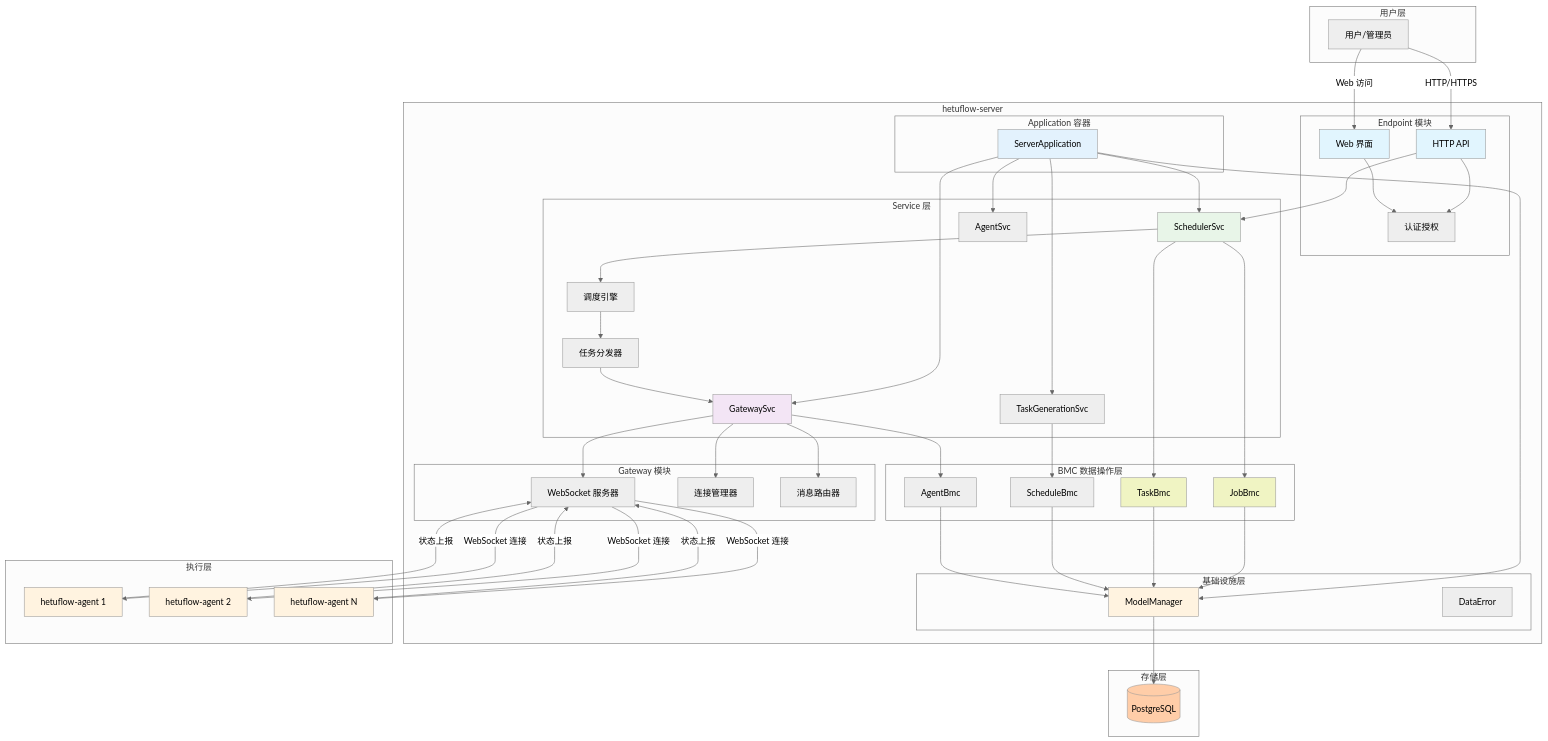
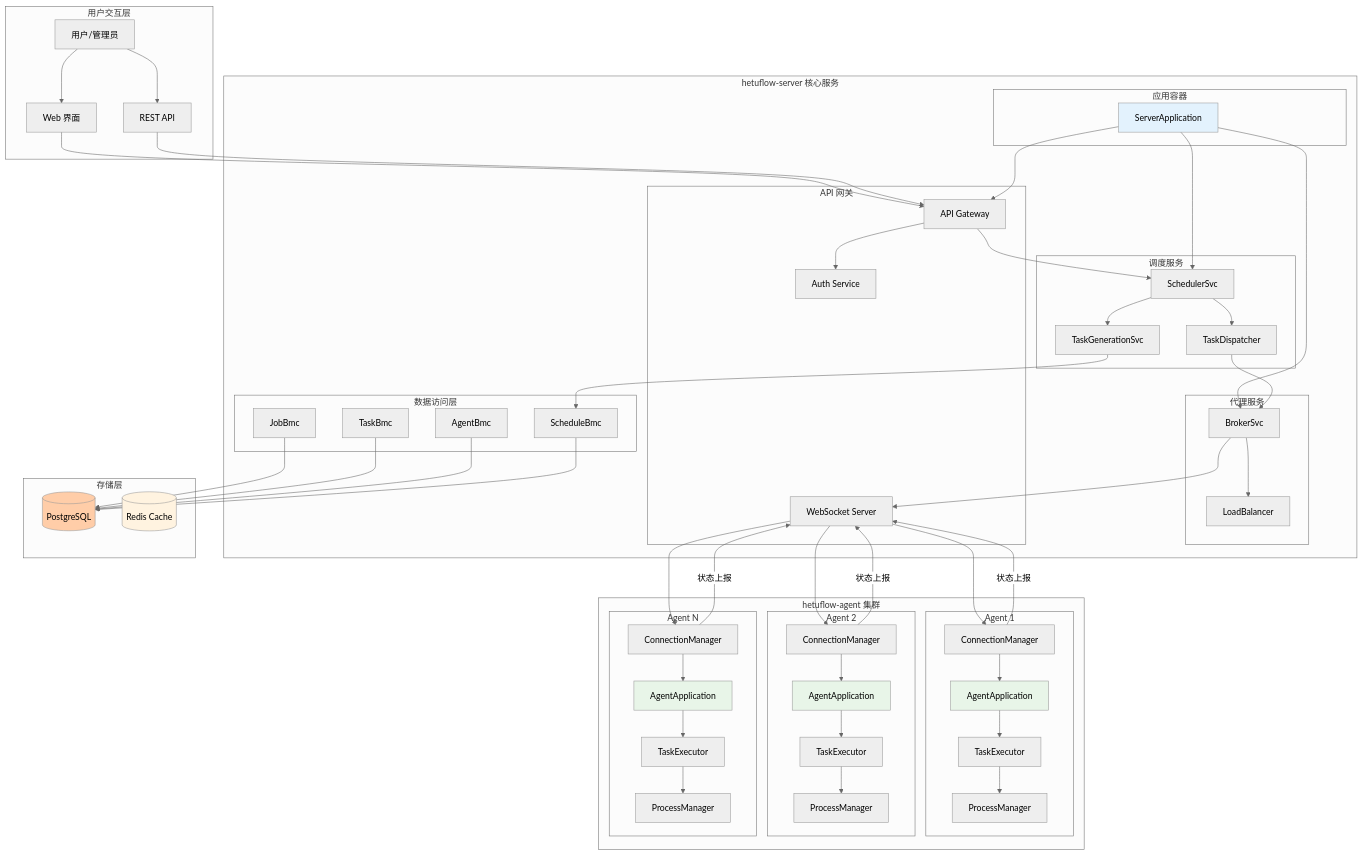
The second of 9 diagrams in hetuflow/hetuflow-docs/src/hetuflow/architecture.md (fusion-data/fusion-data), drawn with Mermaid (neutral theme) before and after one commit. The commit also changed other lines of this file and 420 other files, not shown here.

````diff
--- a/hetuflow/hetuflow-docs/src/hetuflow/architecture.md
+++ b/hetuflow/hetuflow-docs/src/hetuflow/architecture.md
@@ -98,109 +169,120 @@
 ```mermaid
 graph TB
-    subgraph "用户层"
-        U[用户/管理员]
+    subgraph "用户交互层"
+        USER[用户/管理员]
+        WEB[Web 界面]
+        API[REST API]
     end
 
-    subgraph "hetuflow-server"
-        subgraph "Application 容器"
-            APP[ServerApplication]
+    subgraph "hetuflow-server 核心服务"
+        subgraph "应用容器"
+            SRV_APP[ServerApplication]
         end
 
-        subgraph "Endpoint 模块"
-            API[HTTP API]
-            UI[Web 界面]
-            AUTH[认证授权]
+        subgraph "调度服务"
+            SCHEDULER[SchedulerSvc]
+            TASK_GEN[TaskGenerationSvc]
+            DISPATCHER[TaskDispatcher]
         end
 
-        subgraph "Service 层"
-            SCHEDULER_SVC[SchedulerSvc]
-            GATEWAY_SVC[GatewaySvc]
-            TASK_GENERATION_SVC[TaskGenerationSvc]
-            ENGINE[调度引擎]
-            DISPATCH[任务分发器]
-            AGENT_SVC[AgentSvc]
+        subgraph "代理服务"
+            BROKER[BrokerSvc]
+            LOAD_BAL[LoadBalancer]
         end
 
-        subgraph "Gateway 模块"
-            WS[WebSocket 服务器]
-            CONN_MGR[连接管理器]
-            MSG_ROUTER[消息路由器]
+        subgraph "API 网关"
+            API_GATEWAY[API Gateway]
+            WS_SERVER[WebSocket Server]
+            AUTH[Auth Service]
         end
 
-        subgraph "BMC 数据操作层"
+        subgraph "数据访问层"
             JOB_BMC[JobBmc]
             TASK_BMC[TaskBmc]
-            SCHEDULE_BMC[ScheduleBmc]
             AGENT_BMC[AgentBmc]
-        end
-
-        subgraph "基础设施层"
-            MM[ModelManager]
-            DM[DataError]
+            SCHED_BMC[ScheduleBmc]
         end
     end
 
-    subgraph "执行层"
-        A1[hetuflow-agent 1]
-        A2[hetuflow-agent 2]
-        A3[hetuflow-agent N]
+    subgraph "hetuflow-agent 集群"
+        subgraph "Agent 1"
+            A1_APP[AgentApplication]
+            A1_EXEC[TaskExecutor]
+            A1_CONN[ConnectionManager]
+            A1_PROC[ProcessManager]
+        end
+
+        subgraph "Agent 2"
+            A2_APP[AgentApplication]
+            A2_EXEC[TaskExecutor]
+            A2_CONN[ConnectionManager]
+            A2_PROC[ProcessManager]
+        end
+
+        subgraph "Agent N"
+            AN_APP[AgentApplication]
+            AN_EXEC[TaskExecutor]
+            AN_CONN[ConnectionManager]
+            AN_PROC[ProcessManager]
+        end
     end
 
     subgraph "存储层"
-        PG[(PostgreSQL)]
+        DB[(PostgreSQL)]
+        CACHE[(Redis Cache)]
     end
 
-    U -->|HTTP/HTTPS| API
-    U -->|Web 访问| UI
+    %% 交互关系
+    USER --> WEB
+    USER --> API
+    WEB --> API_GATEWAY
+    API --> API_GATEWAY
 
-    API --> AUTH
-    API --> SCHEDULER_SVC
-    UI --> AUTH
+    API_GATEWAY --> AUTH
+    API_GATEWAY --> SCHEDULER
 
-    APP --> SCHEDULER_SVC
-    APP --> GATEWAY_SVC
-    APP --> TASK_GENERATION_SVC
-    APP --> AGENT_SVC
-    APP --> MM
+    SRV_APP --> SCHEDULER
+    SRV_APP --> BROKER
+    SRV_APP --> API_GATEWAY
 
-    SCHEDULER_SVC --> ENGINE
-    SCHEDULER_SVC --> TASK_BMC
-    SCHEDULER_SVC --> JOB_BMC
+    SCHEDULER --> TASK_GEN
+    SCHEDULER --> DISPATCHER
+    TASK_GEN --> SCHED_BMC
+    DISPATCHER --> BROKER
 
-    GATEWAY_SVC --> WS
-    GATEWAY_SVC --> CONN_MGR
-    GATEWAY_SVC --> MSG_ROUTER
-    GATEWAY_SVC --> AGENT_BMC
+    BROKER --> LOAD_BAL
+    BROKER --> WS_SERVER
 
-    TASK_GENERATION_SVC --> SCHEDULE_BMC
-    ENGINE --> DISPATCH
-    DISPATCH --> GATEWAY_SVC
+    JOB_BMC --> DB
+    TASK_BMC --> DB
+    AGENT_BMC --> DB
+    SCHED_BMC --> DB
 
-    JOB_BMC --> MM
-    TASK_BMC --> MM
-    SCHEDULE_BMC --> MM
-    AGENT_BMC --> MM
+    WS_SERVER --> A1_CONN
+    WS_SERVER --> A2_CONN
+    WS_SERVER --> AN_CONN
 
-    MM --> PG
+    A1_CONN --> A1_APP
+    A1_APP --> A1_EXEC
+    A1_EXEC --> A1_PROC
 
-    WS -->|WebSocket 连接| A1
-    WS -->|WebSocket 连接| A2
-    WS -->|WebSocket 连接| A3
+    A2_CONN --> A2_APP
+    A2_APP --> A2_EXEC
+    A2_EXEC --> A2_PROC
 
-    A1 -->|状态上报| WS
-    A2 -->|状态上报| WS
-    A3 -->|状态上报| WS
+    AN_CONN --> AN_APP
+    AN_APP --> AN_EXEC
+    AN_EXEC --> AN_PROC
 
-    style APP fill:#e3f2fd
-    style API fill:#e1f5fe
-    style UI fill:#e1f5fe
-    style SCHEDULER_SVC fill:#e8f5e8
-    style GATEWAY_SVC fill:#f3e5f5
-    style MM fill:#fff3e0
-    style JOB_BMC fill:#f0f4c3
-    style TASK_BMC fill:#f0f4c3
-    style A1 fill:#fff3e0
-    style A2 fill:#fff3e0
-    style A3 fill:#fff3e0
-    style PG fill:#ffcda8
+    %% 反向状态上报
+    A1_CONN -->|状态上报| WS_SERVER
+    A2_CONN -->|状态上报| WS_SERVER
+    AN_CONN -->|状态上报| WS_SERVER
+
+    style SRV_APP fill:#e3f2fd
+    style A1_APP fill:#e8f5e8
+    style A2_APP fill:#e8f5e8
+    style AN_APP fill:#e8f5e8
+    style DB fill:#ffcda8
+    style CACHE fill:#fff3e0
 ```
````
